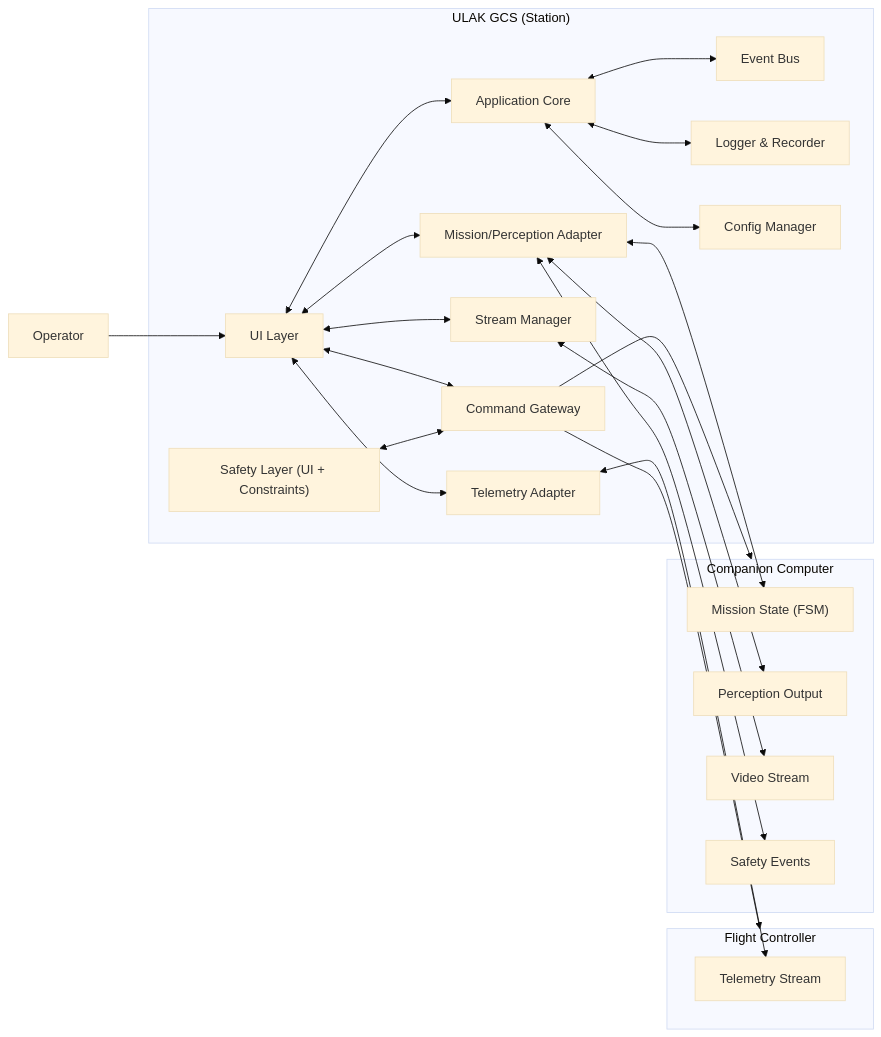
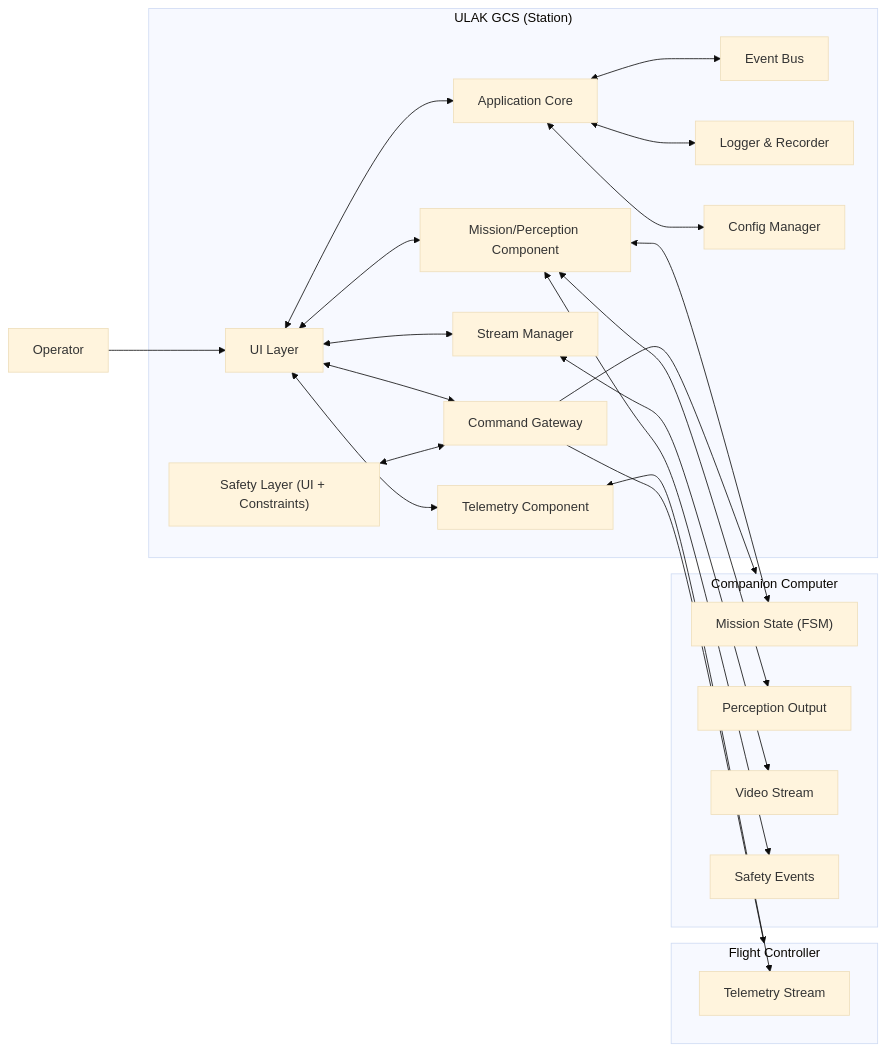
One commit to kuyash71/ulak-gcs changed the first of 2 diagrams in docs/design/Architecture.md. Above: the diagram before and after it, drawn with Mermaid (base theme). The commit also changed other lines of this file and 63 other files, not shown here.

````diff
--- a/docs/design/Architecture.md
+++ b/docs/design/Architecture.md
@@ -104,51 +104,50 @@
 ```mermaid
 flowchart LR
   OP[Operator]
 
   subgraph STATION["ULAK GCS (Station)"]
     UI[UI Layer]
     APP[Application Core]
     BUS[Event Bus]
     LOG[Logger & Recorder]
     CFG[Config Manager]
 
-    TEL[Telemetry Adapter]
-    MIF[Mission/Perception Adapter]
+    TEL[Telemetry Component]
+    MIF[Mission/Perception Component]
     STR[Stream Manager]
     CMD[Command Gateway]
     SAFE["Safety Layer (UI + Constraints)"]
   end
 
   subgraph FC["Flight Controller"]
     FC_TEL[Telemetry Stream]
   end
 
   subgraph CC["Companion Computer"]
     CC_MIS["Mission State (FSM)"]
     CC_PER[Perception Output]
     CC_STR[Video Stream]
     CC_SAFE[Safety Events]
   end
 
   OP --> UI
   UI <--> APP
   APP <--> BUS
   APP <--> CFG
   APP <--> LOG
 
   TEL <--> FC_TEL
   MIF <--> CC_MIS
   MIF <--> CC_PER
   STR <--> CC_STR
   MIF <--> CC_SAFE
 
   UI <--> TEL
   UI <--> MIF
   UI <--> STR
   UI <--> CMD
   SAFE <--> CMD
 
   CMD --> FC
   CMD --> CC
-
 ```
````
